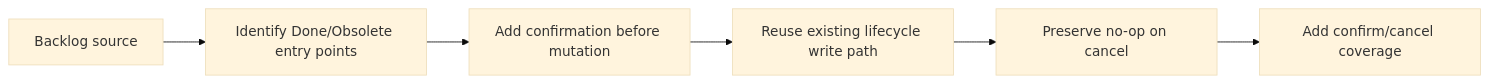
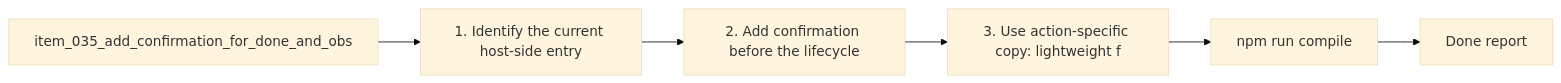
Before and after one commit to AlexAgo83/logics-manager: the diagram in logics/tasks/task_029_add_confirmation_for_done_and_obsolete_actions.md, drawn with Mermaid (base theme). The commit also changed other lines of this file and 481 other files, not shown here.

````diff
--- a/logics/tasks/task_029_add_confirmation_for_done_and_obsolete_actions.md
+++ b/logics/tasks/task_029_add_confirmation_for_done_and_obsolete_actions.md
@@ -16,9 +17,10 @@
 ```mermaid
+%% logics-kind: task
 %% logics-signature: task|add-confirmation-before-done-and-obsolet|item-035-add-confirmation-for-done-and-o|1-identify-the-current-host-side-entry|npm-run-compile
 flowchart LR
-    Backlog[Backlog source] --> Entry[Identify Done/Obsolete entry points]
-    Entry --> Confirm[Add confirmation before mutation]
-    Confirm --> Reuse[Reuse existing lifecycle write path]
-    Reuse --> Cancel[Preserve no-op on cancel]
-    Cancel --> Tests[Add confirm/cancel coverage]
+    Backlog[item_035_add_confirmation_for_done_and_obs] --> Step1[1. Identify the current host-side entry]
+    Step1 --> Step2[2. Add confirmation before the lifecycle]
+    Step2 --> Step3[3. Use action-specific copy: lightweight f]
+    Step3 --> Validation[npm run compile]
+    Validation --> Report[Done report]
 ```
````
